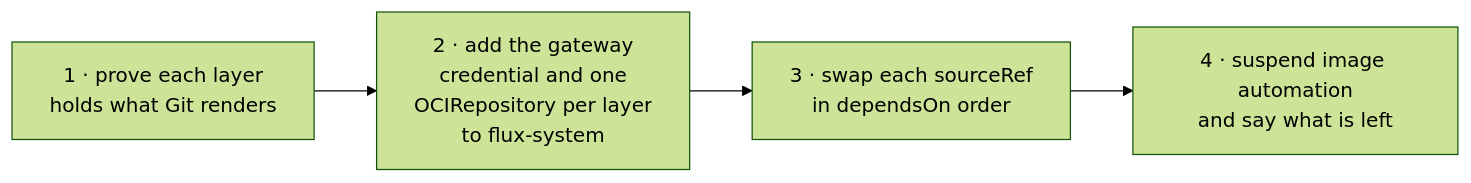
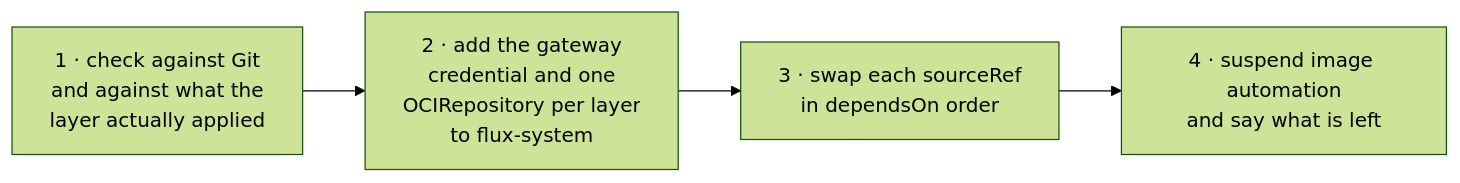
One commit to confighub/examples changed the fifth of 7 diagrams in cub-flux/docs/onboard-your-flux-fleet.md. Above: the diagram before and after it, drawn with Mermaid (forest theme). The commit also changed other lines of this file and 2 other files, not shown here.

First line of the commit message:
One command that checks both plugins, and says why when it fails

````diff
--- a/cub-flux/docs/onboard-your-flux-fleet.md
+++ b/cub-flux/docs/onboard-your-flux-fleet.md
@@ -145,6 +145,6 @@
 ```mermaid
 flowchart LR
-  s1["1 · prove each layer<br/>holds what Git renders"] --> s2["2 · add the gateway<br/>credential and one<br/>OCIRepository per layer<br/>to flux-system"]
+  s1["1 · check against Git<br/>and against what the<br/>layer actually applied"] --> s2["2 · add the gateway<br/>credential and one<br/>OCIRepository per layer<br/>to flux-system"]
   s2 --> s3["3 · swap each sourceRef<br/>in dependsOn order"]
   s3 --> s4["4 · suspend image automation<br/>and say what is left"]
 ```
````
